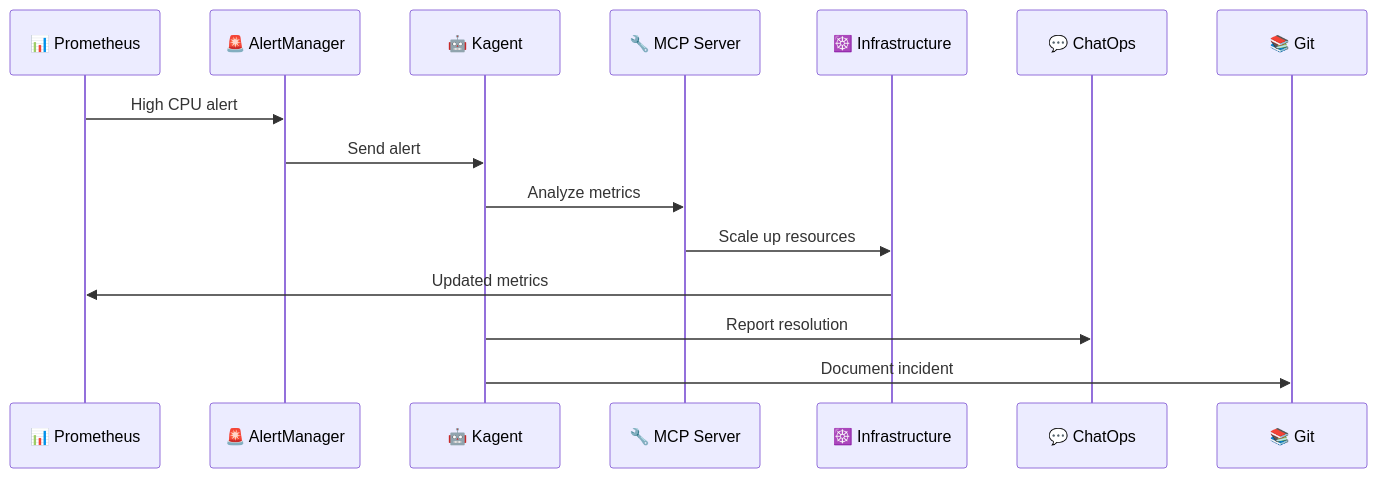
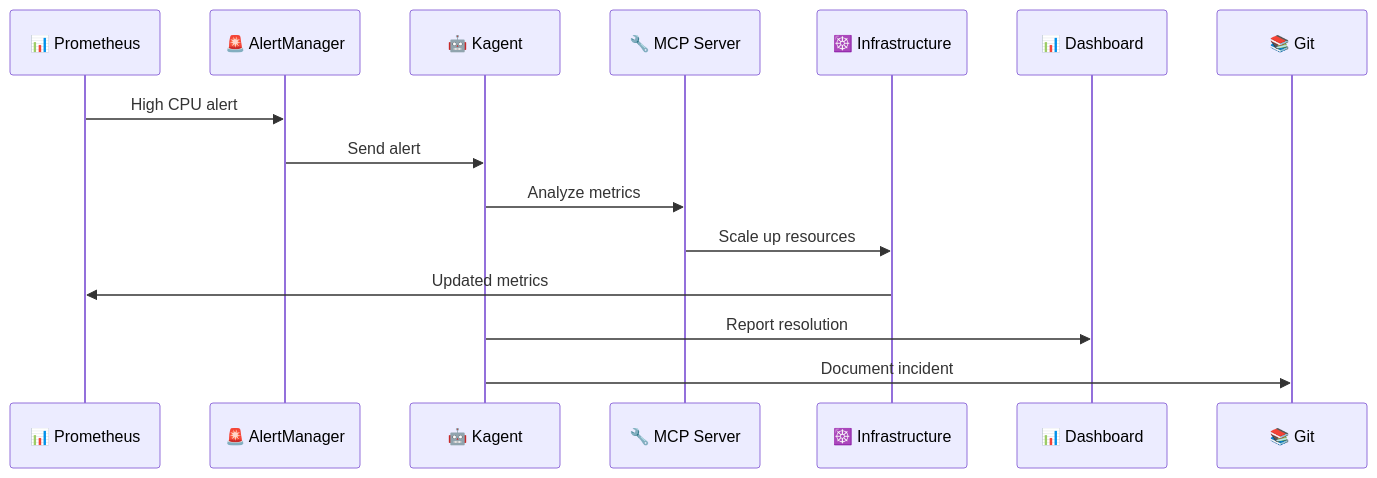
The third of 3 diagrams in architecture-overview.md (devenkulkarni/CFP-kagent), drawn with Mermaid before and after one commit. The commit also changed other lines of this file and 1 other file, not shown here.

Commit message:
Simplify architecture: Remove external ChatOps, use built-in kagent dashboard

````diff
--- a/architecture-overview.md
+++ b/architecture-overview.md
@@ -91,18 +91,18 @@
 ```mermaid
 sequenceDiagram
     participant P as 📊 Prometheus
     participant A as 🚨 AlertManager
     participant K as 🤖 Kagent
     participant M as 🔧 MCP Server
     participant I as ☸️ Infrastructure
-    participant C as 💬 ChatOps
+    participant D as 📊 Dashboard
     participant G as 📚 Git
     
     P->>A: High CPU alert
     A->>K: Send alert
     K->>M: Analyze metrics
     M->>I: Scale up resources
     I->>P: Updated metrics
-    K->>C: Report resolution
+    K->>D: Report resolution
     K->>G: Document incident
 ```
````
